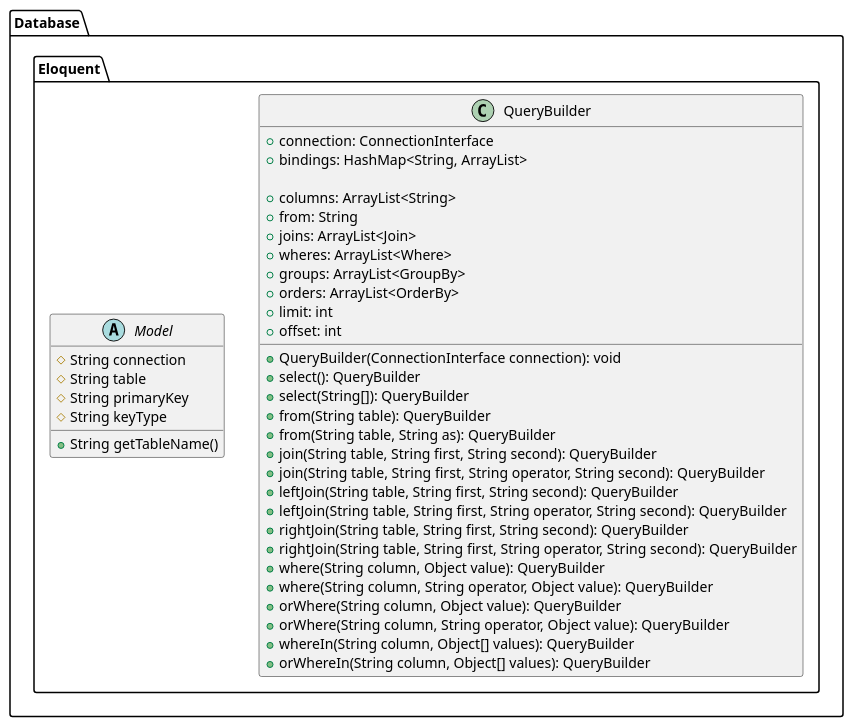
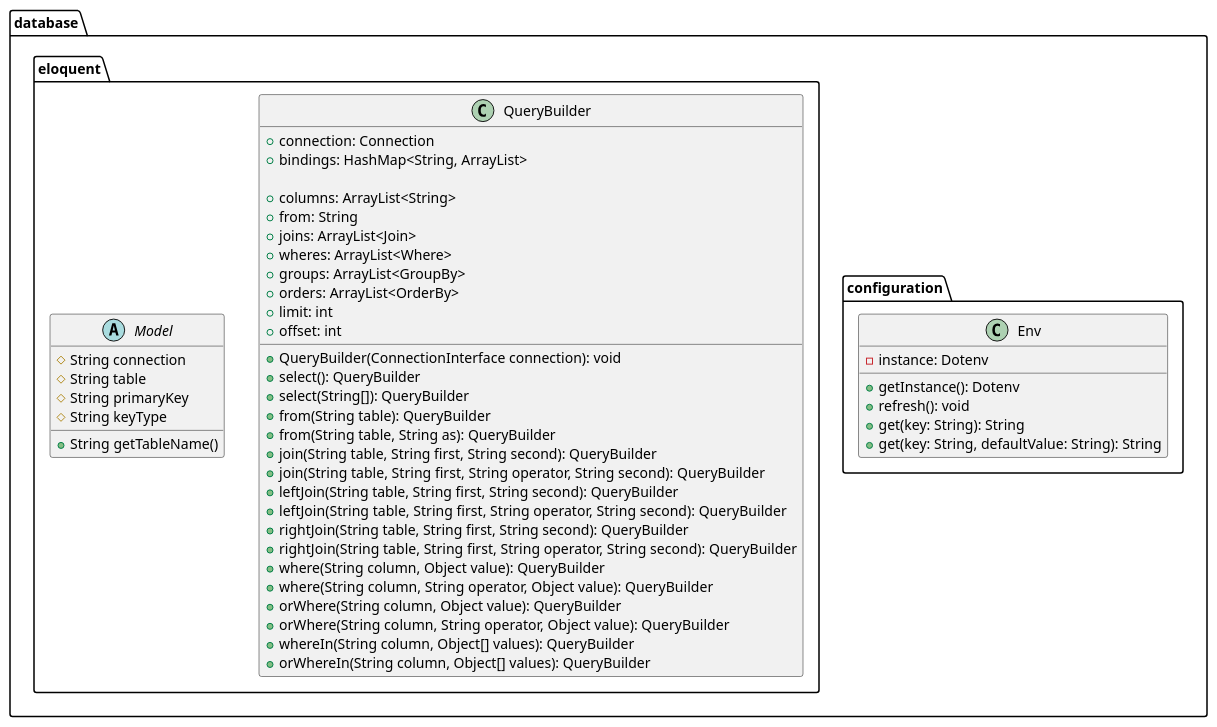
The diagram in FinalProjectUML.puml (LucasAndrin/JavaQueryBuilder), drawn with PlantUML before and after one commit. The commit also changed 5 other files, not shown here.

```diff
--- a/FinalProjectUML.puml
+++ b/FinalProjectUML.puml
@@ -1,48 +1,58 @@
 @startuml
 'https://plantuml.com/class-diagram
-package Database {
-    package Eloquent {
+package database {
+    package configuration {
+        class Env {
+            - instance: Dotenv
+            + getInstance(): Dotenv
+            + refresh(): void
+            + get(key: String): String
+            + get(key: String, defaultValue: String): String
+        }
+    }
+
+    package eloquent {
         class QueryBuilder {
-            + connection: ConnectionInterface
+            + connection: Connection
             + bindings: HashMap<String, ArrayList>
 
             + columns: ArrayList<String>
             + from: String
             + joins: ArrayList<Join>
             + wheres: ArrayList<Where>
             + groups: ArrayList<GroupBy>
             + orders: ArrayList<OrderBy>
             + limit: int
             + offset: int
 
             + QueryBuilder(ConnectionInterface connection): void
             + select(): QueryBuilder
             + select(String[]): QueryBuilder
             + from(String table): QueryBuilder
             + from(String table, String as): QueryBuilder
             + join(String table, String first, String second): QueryBuilder
             + join(String table, String first, String operator, String second): QueryBuilder
             + leftJoin(String table, String first, String second): QueryBuilder
             + leftJoin(String table, String first, String operator, String second): QueryBuilder
             + rightJoin(String table, String first, String second): QueryBuilder
             + rightJoin(String table, String first, String operator, String second): QueryBuilder
             + where(String column, Object value): QueryBuilder
             + where(String column, String operator, Object value): QueryBuilder
             + orWhere(String column, Object value): QueryBuilder
             + orWhere(String column, String operator, Object value): QueryBuilder
             + whereIn(String column, Object[] values): QueryBuilder
             + orWhereIn(String column, Object[] values): QueryBuilder
         }
 
         abstract class Model {
             # String connection
             # String table
             # String primaryKey
             # String keyType
 
             + String getTableName()
         }
     }
 }
 
 @enduml
```
